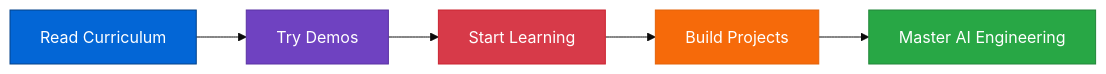
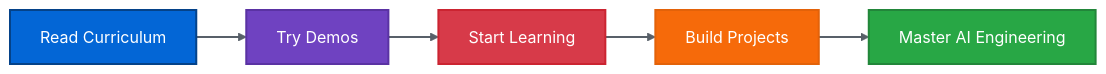
One commit to nexageapps/AI changed diagram 22 of 22 in README.md. Above: the diagram before and after it, drawn with Mermaid. The commit also changed other lines of this file and 1 other file, not shown here.

````diff
--- a/README.md
+++ b/README.md
@@ -799,14 +815,16 @@
 ```mermaid
-%%{init: {'theme':'base', 'themeVariables': {'primaryColor':'#0366d6','primaryTextColor':'#fff','primaryBorderColor':'#0366d6'}}}%%
+%%{init: {'theme':'base', 'themeVariables': {'primaryColor':'#0366d6','primaryTextColor':'#fff','primaryBorderColor':'#0366d6','lineColor':'#586069','defaultLinkColor':'#586069','edgeLabelBackground':'#fafbfc'}}}%%
 graph LR
     A[Read Curriculum] --> B[Try Demos]
     B --> C[Start Learning]
     C --> D[Build Projects]
     D --> E[Master AI Engineering]
     
-    style A fill:#0366d6,stroke:#044289,color:#fff
-    style B fill:#6f42c1,stroke:#5a32a3,color:#fff
-    style C fill:#d73a49,stroke:#cb2431,color:#fff
-    style D fill:#f66a0a,stroke:#e36209,color:#fff
-    style E fill:#28a745,stroke:#22863a,color:#fff
+    linkStyle default stroke:#586069,stroke-width:2px
+    
+    style A fill:#0366d6,stroke:#044289,stroke-width:2px,color:#fff
+    style B fill:#6f42c1,stroke:#5a32a3,stroke-width:2px,color:#fff
+    style C fill:#d73a49,stroke:#cb2431,stroke-width:2px,color:#fff
+    style D fill:#f66a0a,stroke:#e36209,stroke-width:2px,color:#fff
+    style E fill:#28a745,stroke:#22863a,stroke-width:2px,color:#fff
 ```
````
